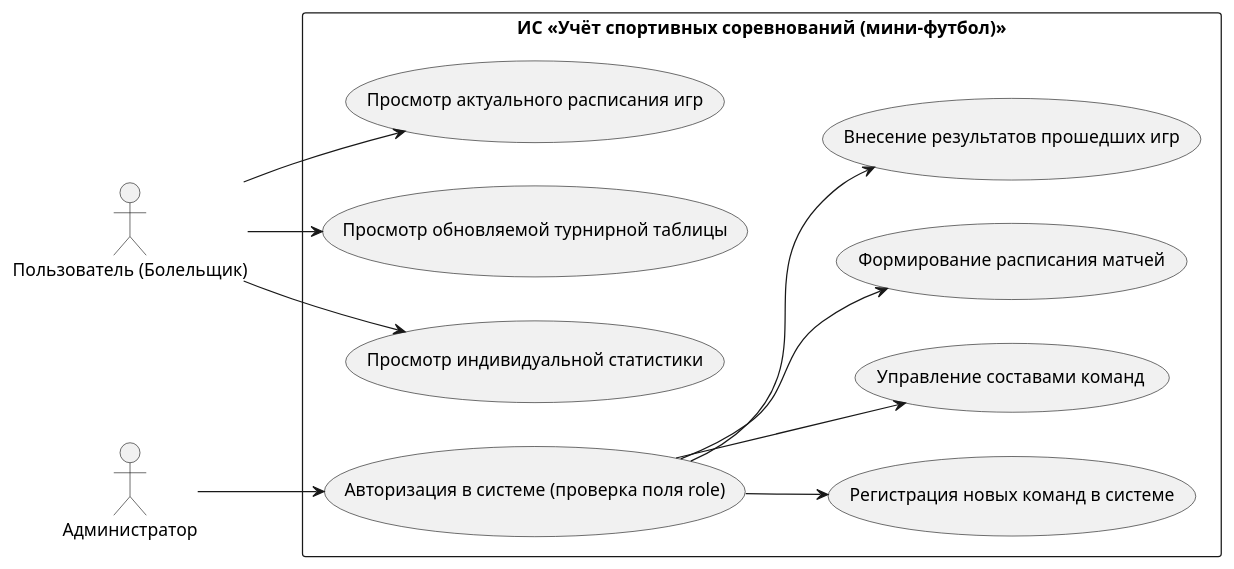
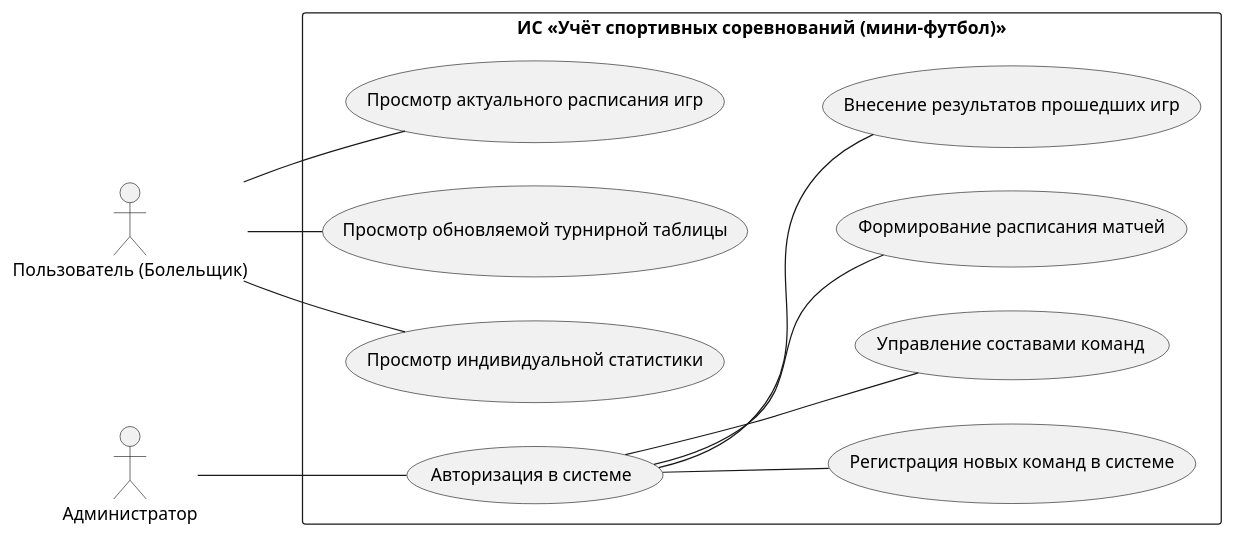
Before and after one commit to sa1r3x/football_system: the diagram in docs/diagram.puml, drawn with PlantUML. The commit also changed 2 other files, not shown here.

```diff
--- a/docs/diagram.puml
+++ b/docs/diagram.puml
@@ -1,29 +1,29 @@
 @startuml
 left to right direction
 skinparam packageStyle rectangle
 
 actor "Пользователь (Болельщик)" as User
 actor "Администратор" as Admin
 
 rectangle "ИС «Учёт спортивных соревнований (мини-футбол)»" {
     usecase "Просмотр актуального расписания игр" as UC_ViewSchedule
     usecase "Просмотр обновляемой турнирной таблицы" as UC_ViewTable
     usecase "Просмотр индивидуальной статистики" as UC_ViewStats
-    usecase "Авторизация в системе (проверка поля role)" as UC_Auth
+    usecase "Авторизация в системе" as UC_Auth
     usecase "Регистрация новых команд в системе" as UC_RegTeams
     usecase "Управление составами команд" as UC_ManageRoster
     usecase "Формирование расписания матчей" as UC_CreateSchedule
     usecase "Внесение результатов прошедших игр" as UC_EnterResults
 
-    User --> UC_ViewSchedule
-    User --> UC_ViewTable
-    User --> UC_ViewStats
+    User -- UC_ViewSchedule
+    User -- UC_ViewTable
+    User -- UC_ViewStats
     
-    Admin --> UC_Auth
+    Admin -- UC_Auth
  
-    UC_Auth --> UC_RegTeams
-    UC_Auth --> UC_ManageRoster
-    UC_Auth --> UC_CreateSchedule
-    UC_Auth --> UC_EnterResults
+    UC_Auth -- UC_RegTeams
+    UC_Auth -- UC_ManageRoster
+    UC_Auth -- UC_CreateSchedule
+    UC_Auth -- UC_EnterResults
 }
 @enduml
```
